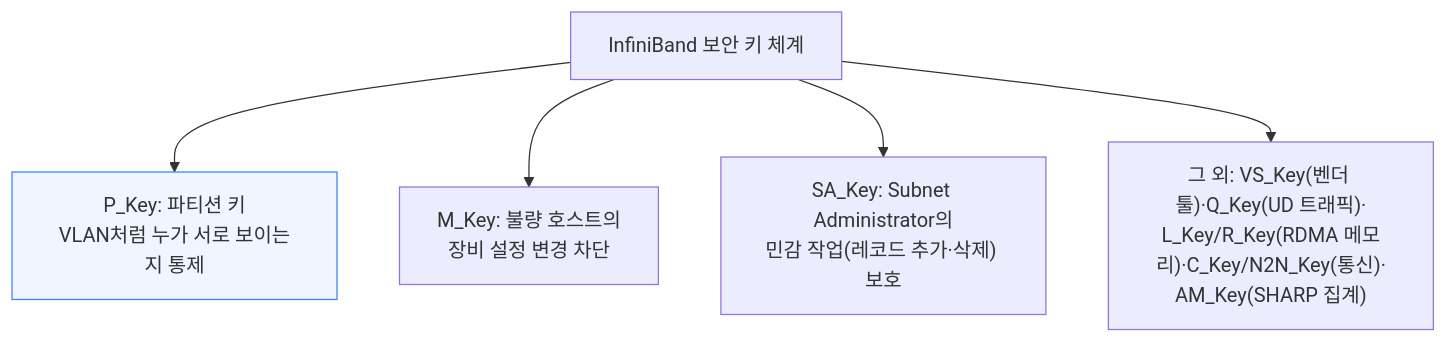
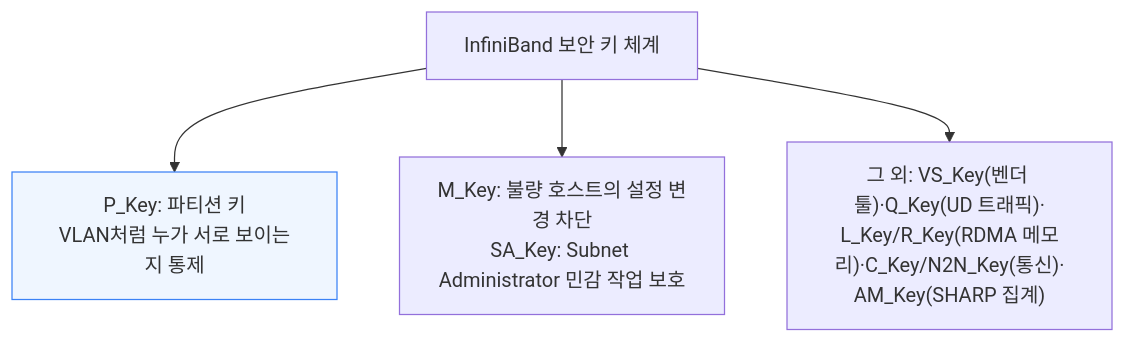
One commit to yohan4477/semi-report changed the ninth of 14 diagrams in content/newsletter/ai_infra/security/[260830] 네오클라우드 대다수는 보안이 엉망이다.md. Above: the diagram before and after it, drawn with Mermaid. The commit also changed other lines of this file and 3 other files, not shown here.

````diff
--- a/content/newsletter/ai_infra/security/[260830] 네오클라우드 대다수는 보안이 엉망이다.md
+++ b/content/newsletter/ai_infra/security/[260830] 네오클라우드 대다수는 보안이 엉망이다.md
@@ -257,9 +282,8 @@
 ```mermaid
 flowchart TD
     Keys["InfiniBand 보안 키 체계"] --> PKey["P_Key: 파티션 키<br/>VLAN처럼 누가 서로 보이는지 통제"]
-    Keys --> MKey["M_Key: 불량 호스트의<br/>장비 설정 변경 차단"]
-    Keys --> SAKey["SA_Key: Subnet Administrator의<br/>민감 작업(레코드 추가·삭제) 보호"]
+    Keys --> MSAKey["M_Key: 불량 호스트의 설정 변경 차단<br/>SA_Key: Subnet Administrator 민감 작업 보호"]
     Keys --> Others["그 외: VS_Key(벤더 툴)·Q_Key(UD 트래픽)·<br/>L_Key/R_Key(RDMA 메모리)·C_Key/N2N_Key(통신)·<br/>AM_Key(SHARP 집계)"]
 
     style PKey fill:#eff6ff,stroke:#3b82f6
 ```
````
